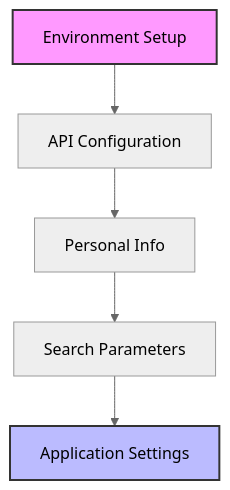
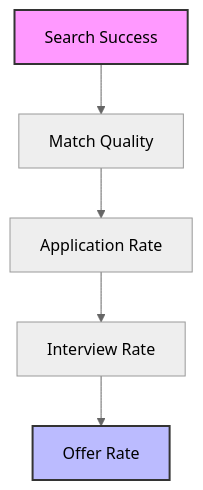
The fourth of 4 diagrams in README.md (SaurabMishra12/Multi-Agent-Job-Search-Automation-Framework), drawn with Mermaid (neutral theme) before and after one commit. The commit also changed other lines of this file, not shown here.

Commit message:
Initial commit: Multi-Agent Job Search Framework with AI capabilities

````diff
--- a/README.md
+++ b/README.md
@@ -131,10 +178,10 @@
 ```mermaid
 graph TD
-    A[Environment Setup] --> B[API Configuration]
-    B --> C[Personal Info]
-    C --> D[Search Parameters]
-    D --> E[Application Settings]
+    A[Search Success] --> B[Match Quality]
+    B --> C[Application Rate]
+    C --> D[Interview Rate]
+    D --> E[Offer Rate]
     
     style A fill:#f9f,stroke:#333,stroke-width:2px
     style E fill:#bbf,stroke:#333,stroke-width:2px
 ```
````
